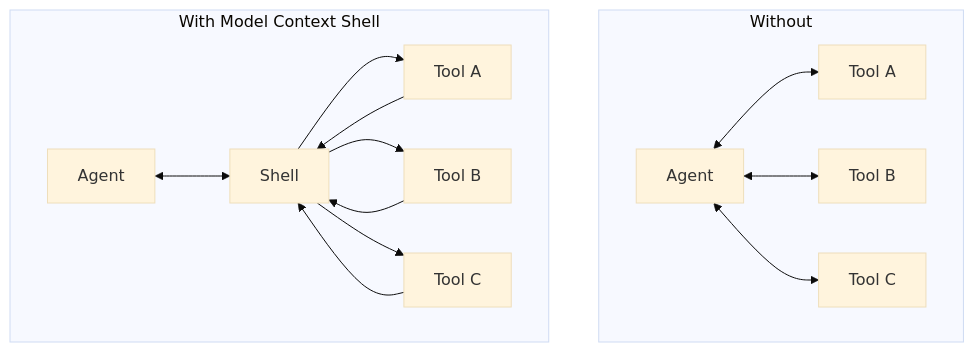
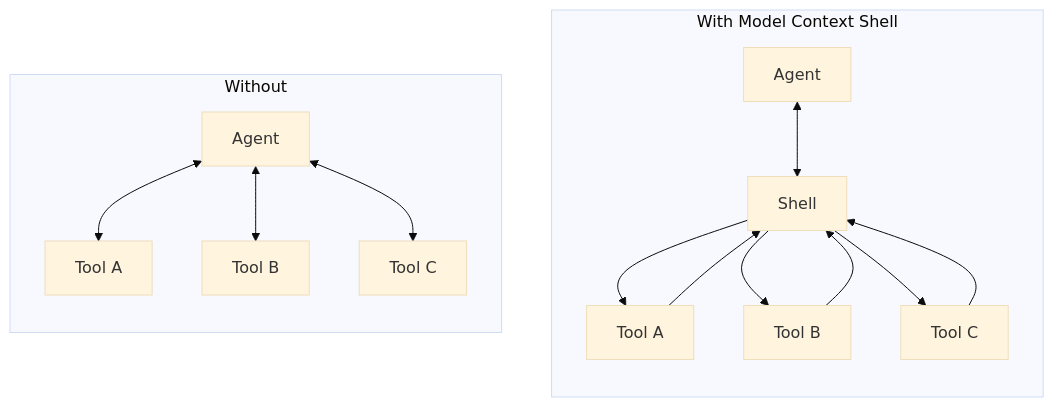
One commit to StacklokLabs/model-context-shell changed the diagram in README.md. Above: the diagram before and after it, drawn with Mermaid (base theme).

````diff
--- a/README.md
+++ b/README.md
@@ -24,15 +24,18 @@
 ```mermaid
-flowchart TB
+flowchart LR
     subgraph without["Without"]
+        direction TB
         A1[Agent]
         A1 <--> T1a[Tool A]
         A1 <--> T2a[Tool B]
         A1 <--> T3a[Tool C]
     end
     subgraph with["With Model Context Shell"]
+        direction TB
         A2[Agent] <--> S[Shell]
         S --> T1b[Tool A] --> S
         S --> T2b[Tool B] --> S
         S --> T3b[Tool C] --> S
     end
+    without ~~~ with
 ```
````
